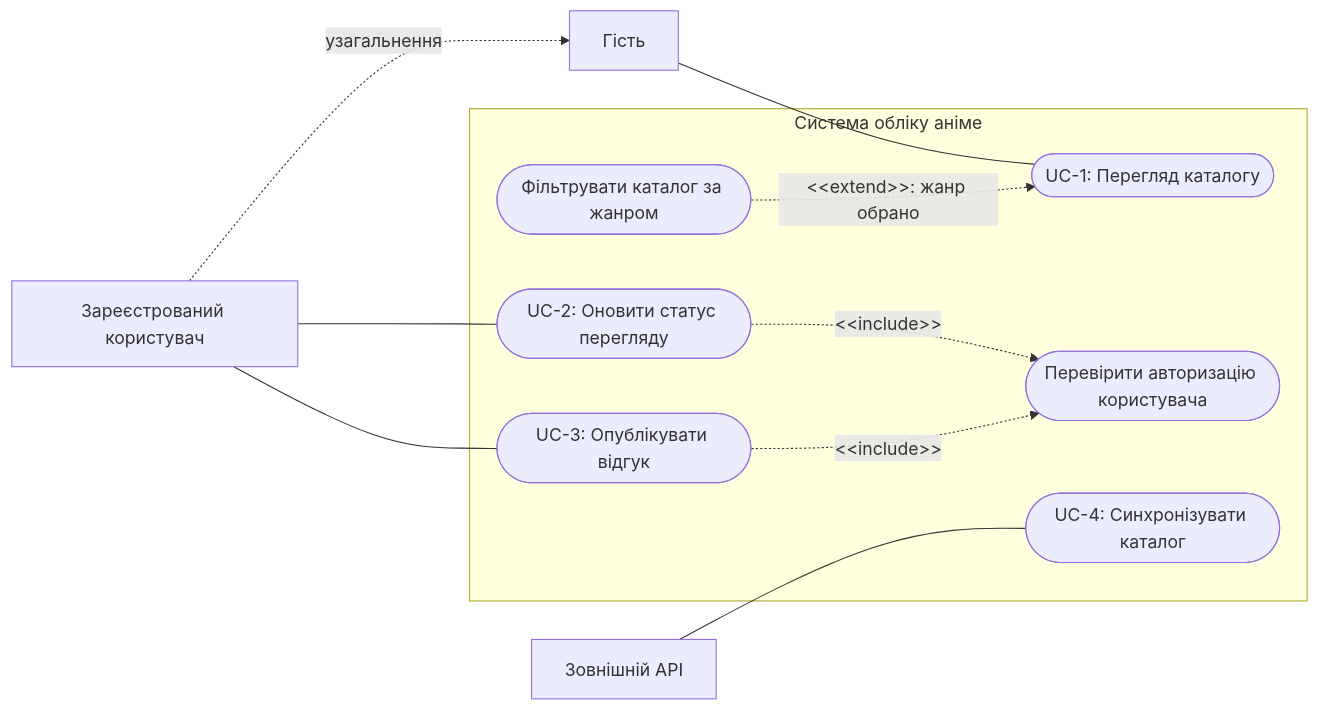
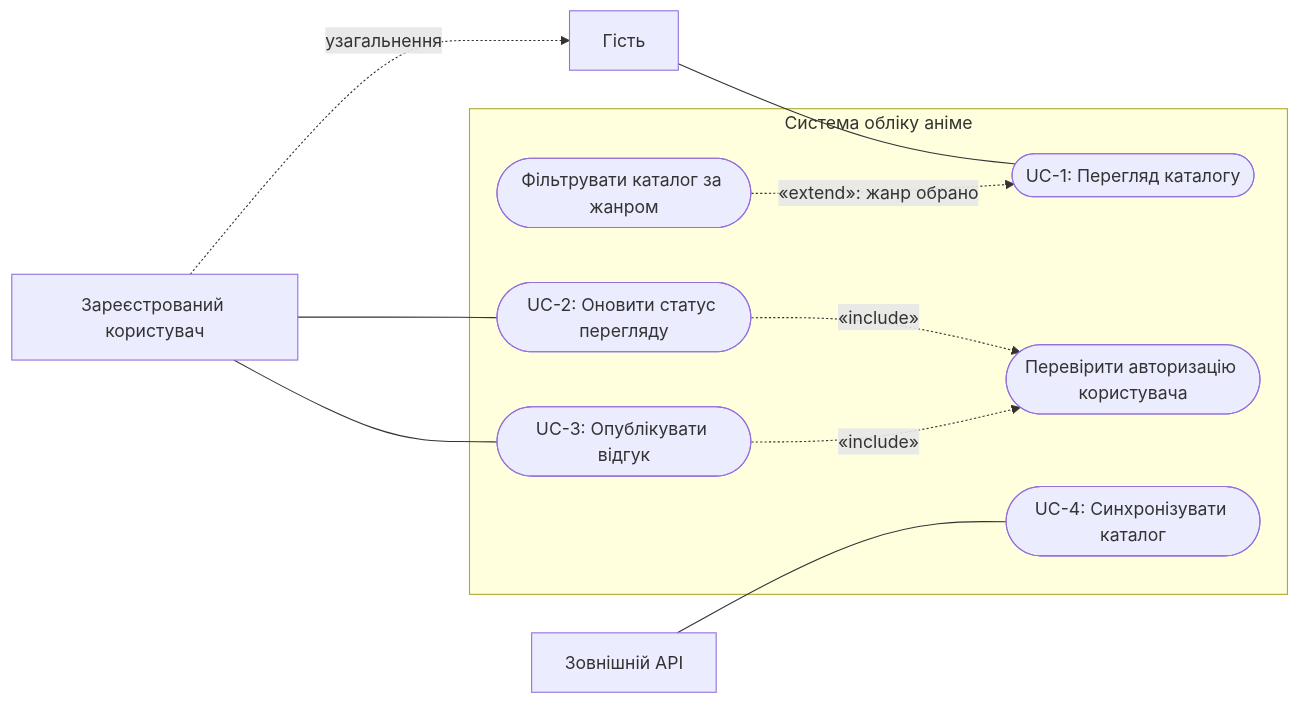
Before and after one commit to SpikyCactus7/anime-tracking-system: the first of 2 diagrams in lab2/model.md, drawn with Mermaid. The commit also changed 1 other file, not shown here.

Commit message:
fixed rendering error in UC diagram

````diff
--- a/lab2/model.md
+++ b/lab2/model.md
@@ -122,25 +122,25 @@
 ```mermaid
 flowchart LR
     Guest[Гість]
     User[Зареєстрований користувач]
     API[Зовнішній API]
 
     subgraph System[Система обліку аніме]
         UC1([UC-1: Перегляд каталогу])
         UC1b([Фільтрувати каталог за жанром])
         UC2([UC-2: Оновити статус перегляду])
         UC3([UC-3: Опублікувати відгук])
         UC4([UC-4: Синхронізувати каталог])
         Auth([Перевірити авторизацію користувача])
     end
 
     User -.->|узагальнення| Guest
     Guest --- UC1
     User --- UC2
     User --- UC3
     API --- UC4
 
-    UC1b -.->|&lt;&lt;extend&gt;&gt;: жанр обрано| UC1
-    UC2 -.->|&lt;&lt;include&gt;&gt;| Auth
-    UC3 -.->|&lt;&lt;include&gt;&gt;| Auth
+    UC1b -. "«extend»: жанр обрано" .-> UC1
+    UC2 -. "«include»" .-> Auth
+    UC3 -. "«include»" .-> Auth
 ```
````
